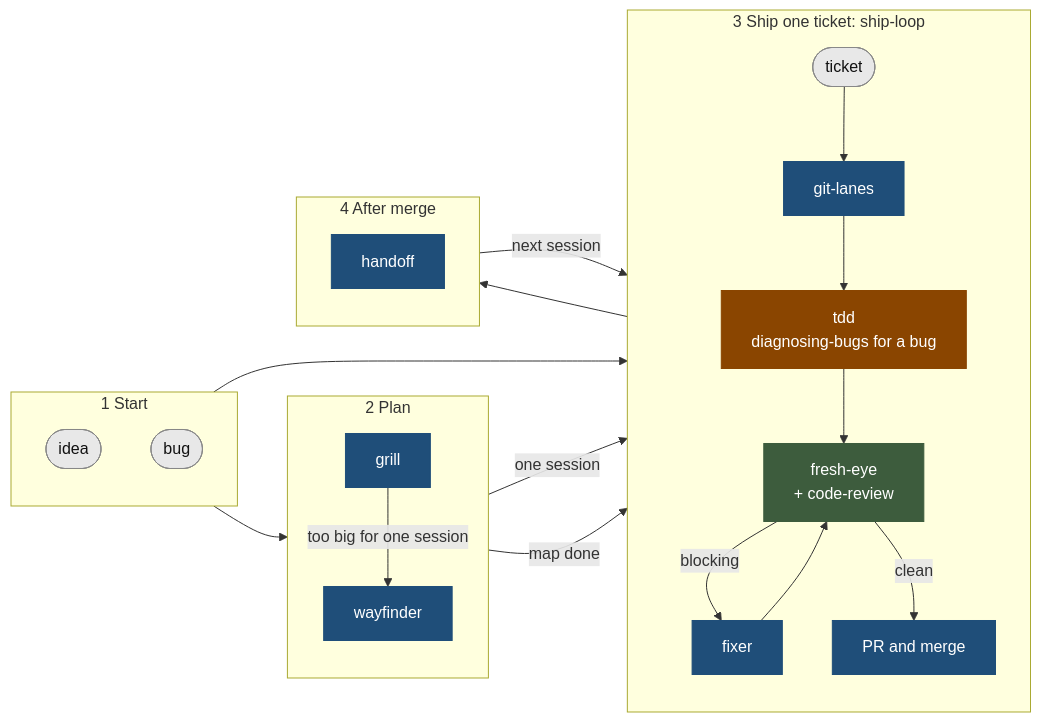
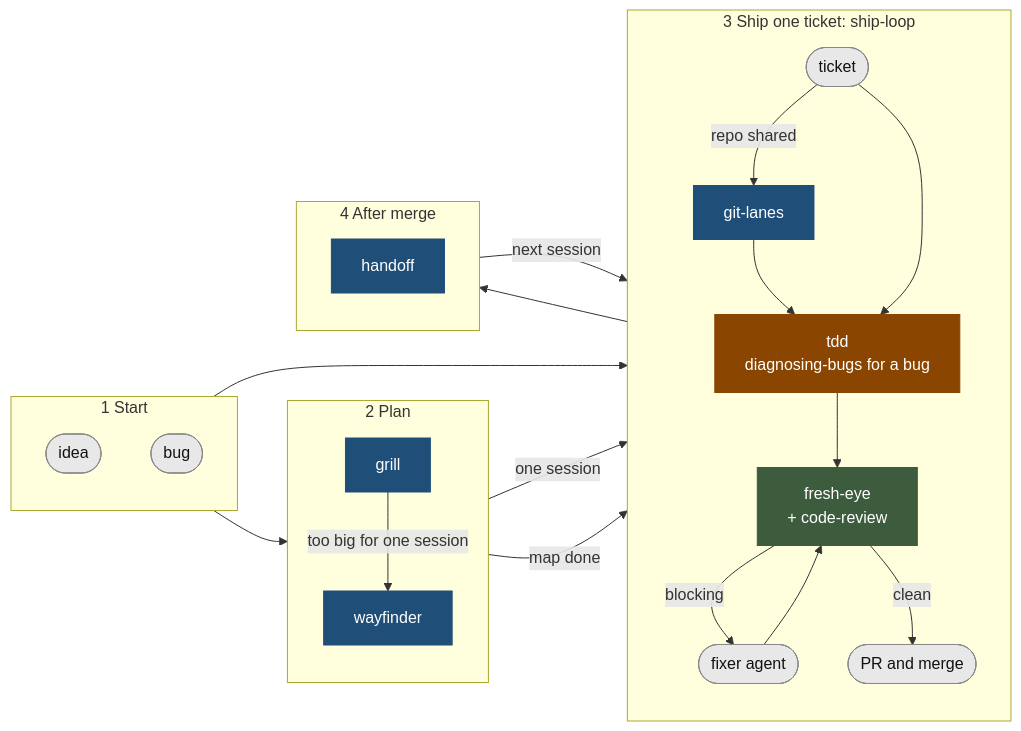
One commit to emmanuelwunjc/yw-workflow changed the diagram in README.md. Above: the diagram before and after it, drawn with Mermaid. The commit also changed other lines of this file, not shown here.

First line of the commit message:
fix(readme): cut the new prose that review round 4 found stronger than its sources

````diff
--- a/README.md
+++ b/README.md
@@ -40,41 +40,42 @@
 ```mermaid
 flowchart LR
     subgraph S1 [1 Start]
         direction TB
         idea([idea]):::start
         bug([bug]):::start
     end
     subgraph S2 [2 Plan]
         direction TB
         grill[grill]:::yw
         way[wayfinder]:::yw
     end
     subgraph S3 [3 Ship one ticket: ship-loop]
         direction TB
         ticket([ticket]):::start
         lanes[git-lanes]:::yw
         build[tdd<br/>diagnosing-bugs for a bug]:::matt
         review[fresh-eye<br/>+ code-review]:::both
-        fixer[fixer]:::yw
-        merge[PR and merge]:::yw
-        ticket --> lanes --> build --> review
+        fixer([fixer agent]):::start
+        merge([PR and merge]):::start
+        ticket -->|repo shared| lanes --> build --> review
+        ticket --> build
         review -->|blocking| fixer --> review
         review -->|clean| merge
     end
     subgraph S4 [4 After merge]
         direction TB
         handoff[handoff]:::yw
     end
     idea --> grill
     grill -->|too big for one session| way
     grill -->|one session| ticket
     way -->|map done| ticket
     bug --> ticket
     merge --> handoff
     handoff -->|next session| lanes
 
     classDef yw fill:#1f4e79,stroke:#1f4e79,color:#ffffff
     classDef matt fill:#8a4500,stroke:#8a4500,color:#ffffff
     classDef both fill:#3d5c3d,stroke:#3d5c3d,color:#ffffff
     classDef start fill:#e8e8e8,stroke:#888888,color:#111111
 ```
````
